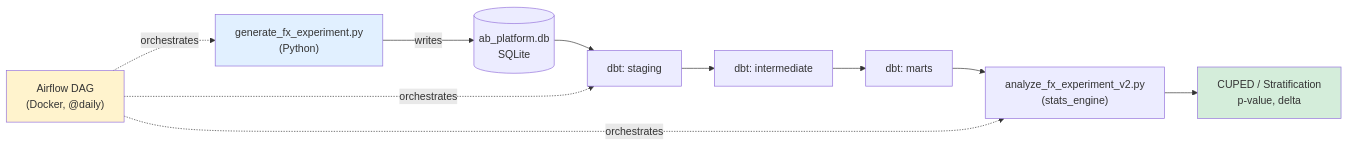
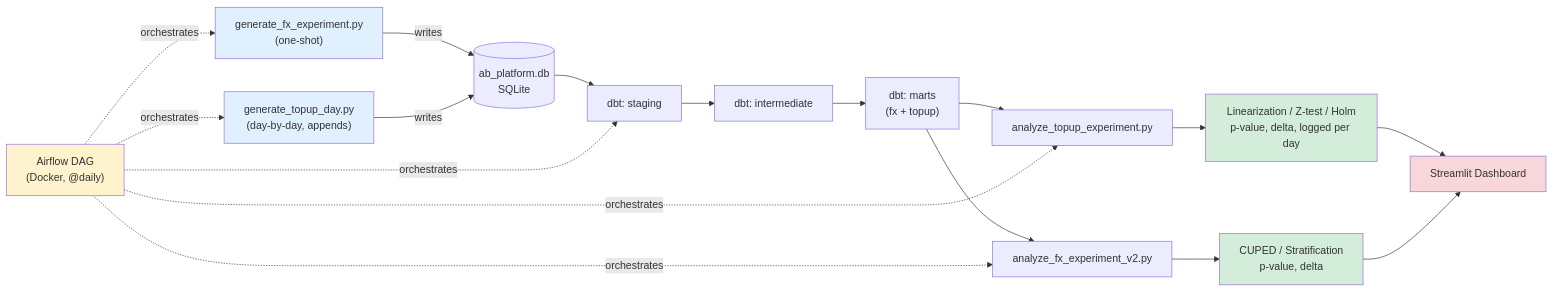
Before and after one commit to MadiyarSE/ab-testing-platform: the diagram in README.md, drawn with Mermaid. The commit also changed other lines of this file and 14 other files, not shown here.

Commit message:
Add top-up limit experiment: day-by-day simulation, dbt models, Airflow integration, dashboard, sample size calculator

````diff
--- a/README.md
+++ b/README.md
@@ -39,17 +89,25 @@
 ```mermaid
 graph LR
-    A["generate_fx_experiment.py<br/>(Python)"] -->|writes| B[("ab_platform.db<br/>SQLite")]
-    B --> C["dbt: staging"]
+    A["generate_fx_experiment.py<br/>(one-shot)"] -->|writes| DB[("ab_platform.db<br/>SQLite")]
+    A2["generate_topup_day.py<br/>(day-by-day, appends)"] -->|writes| DB
+    DB --> C["dbt: staging"]
     C --> D["dbt: intermediate"]
-    D --> E["dbt: marts"]
-    E --> F["analyze_fx_experiment_v2.py<br/>(stats_engine)"]
-    F --> G["CUPED / Stratification<br/>p-value, delta"]
-
+    D --> E["dbt: marts<br/>(fx + topup)"]
+    E --> F1["analyze_fx_experiment_v2.py"]
+    E --> F2["analyze_topup_experiment.py"]
+    F1 --> G1["CUPED / Stratification<br/>p-value, delta"]
+    F2 --> G2["Linearization / Z-test / Holm<br/>p-value, delta, logged per day"]
     H["Airflow DAG<br/>(Docker, @daily)"] -.orchestrates.-> A
+    H -.orchestrates.-> A2
     H -.orchestrates.-> C
-    H -.orchestrates.-> F
-
+    H -.orchestrates.-> F1
+    H -.orchestrates.-> F2
+    G2 --> I["Streamlit Dashboard"]
+    G1 --> I
     style A fill:#e1f0ff
+    style A2 fill:#e1f0ff
     style H fill:#fff3cd
-    style G fill:#d4edda
+    style G1 fill:#d4edda
+    style G2 fill:#d4edda
+    style I fill:#f8d7da
 ```
````
